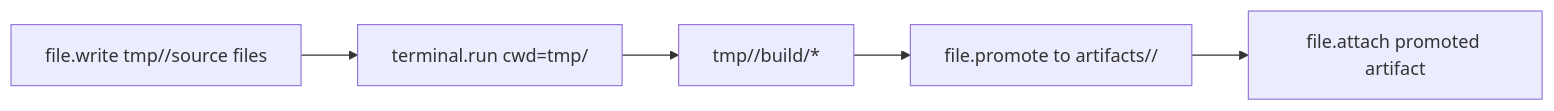
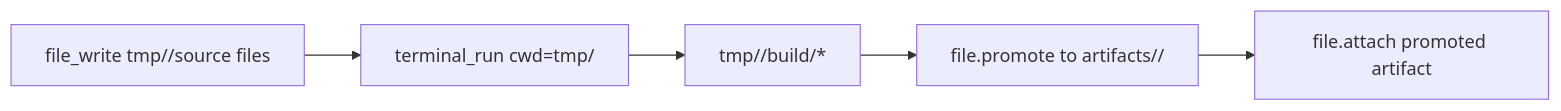
The second of 2 diagrams in README.md (yeomyeonggeori/internkim), drawn with Mermaid before and after one commit. The commit also changed other lines of this file and 138 other files, not shown here.

````diff
--- a/README.md
+++ b/README.md
@@ -89,7 +89,7 @@
 ```mermaid
 flowchart LR
-  Draft["file.write tmp/<slug>/source files"] --> Build["terminal.run cwd=tmp/<slug>"]
+  Draft["file_write tmp/<slug>/source files"] --> Build["terminal_run cwd=tmp/<slug>"]
   Build --> Output["tmp/<slug>/build/*"]
   Output --> Promote["file.promote to artifacts/<slug>/"]
   Promote --> Attach["file.attach promoted artifact"]
 ```
````
